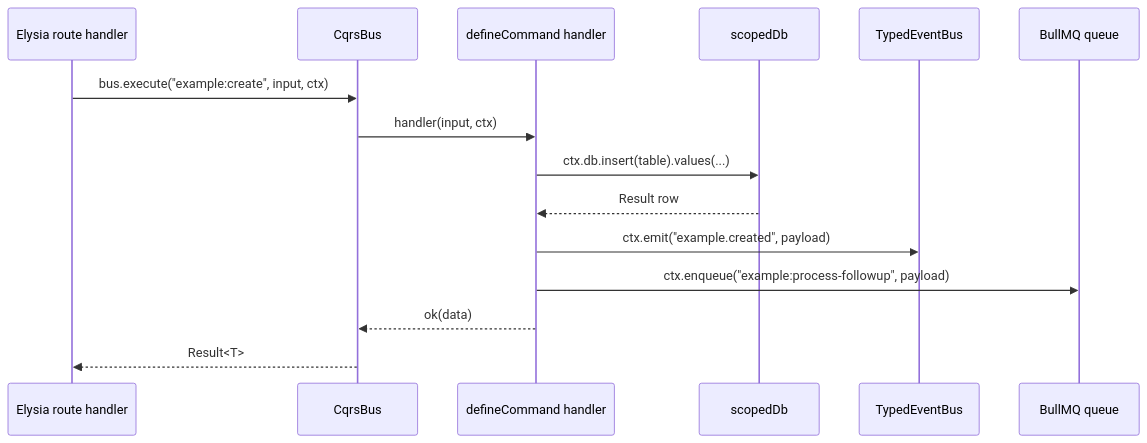
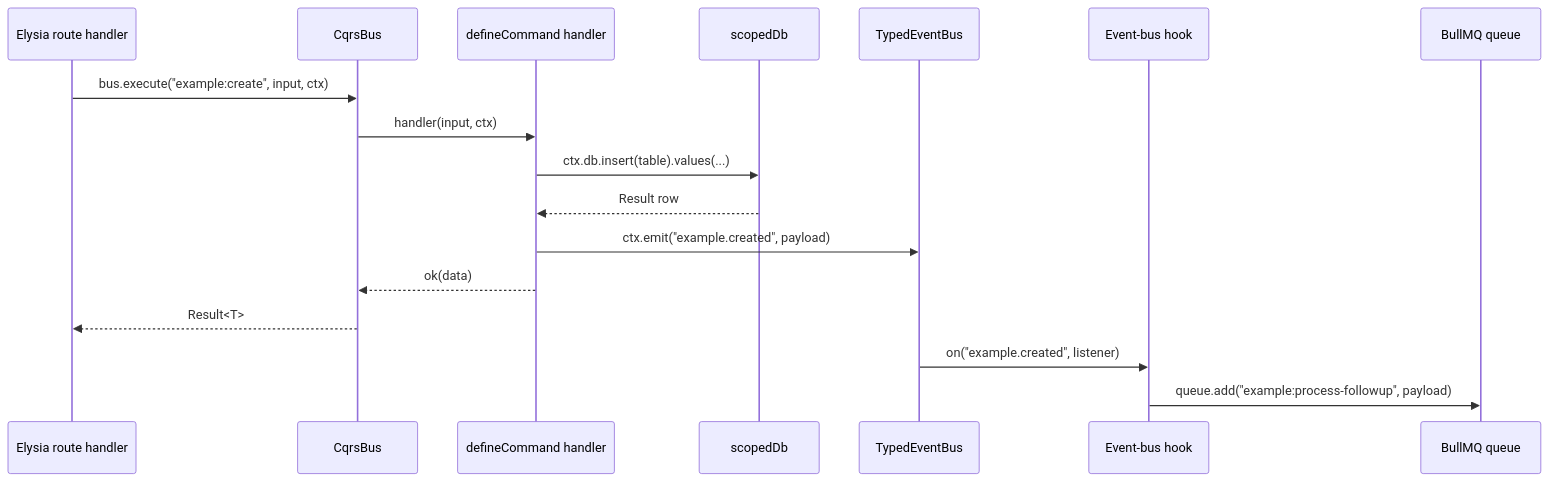
The second of 4 diagrams in docs/architecture.md (rovaron/baseworks), drawn with Mermaid before and after one commit. The commit also changed other lines of this file, not shown here.

First line of the commit message:
docs(16-02): revise architecture.md CQRS-flow + handlerCtx label (DOCS-02)

````diff
--- a/docs/architecture.md
+++ b/docs/architecture.md
@@ -57,18 +57,20 @@
 ```mermaid
 sequenceDiagram
   participant Route as Elysia route handler
   participant Bus as CqrsBus
   participant Cmd as defineCommand handler
   participant DB as scopedDb
   participant EB as TypedEventBus
+  participant Hook as Event-bus hook
   participant Q as BullMQ queue
 
   Route->>Bus: bus.execute("example:create", input, ctx)
   Bus->>Cmd: handler(input, ctx)
   Cmd->>DB: ctx.db.insert(table).values(...)
   DB-->>Cmd: Result row
   Cmd->>EB: ctx.emit("example.created", payload)
-  Cmd->>Q: ctx.enqueue("example:process-followup", payload)
   Cmd-->>Bus: ok(data)
   Bus-->>Route: Result<T>
+  EB->>Hook: on("example.created", listener)
+  Hook->>Q: queue.add("example:process-followup", payload)
 ```
````
